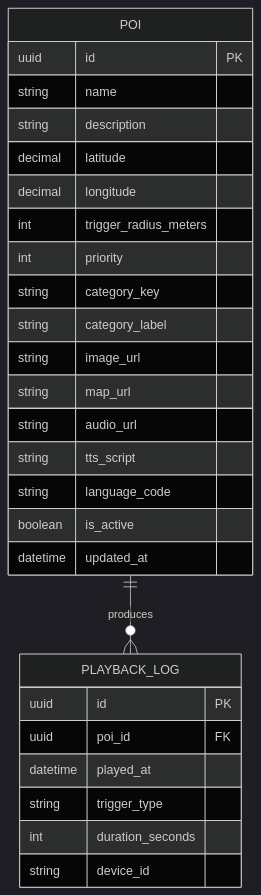
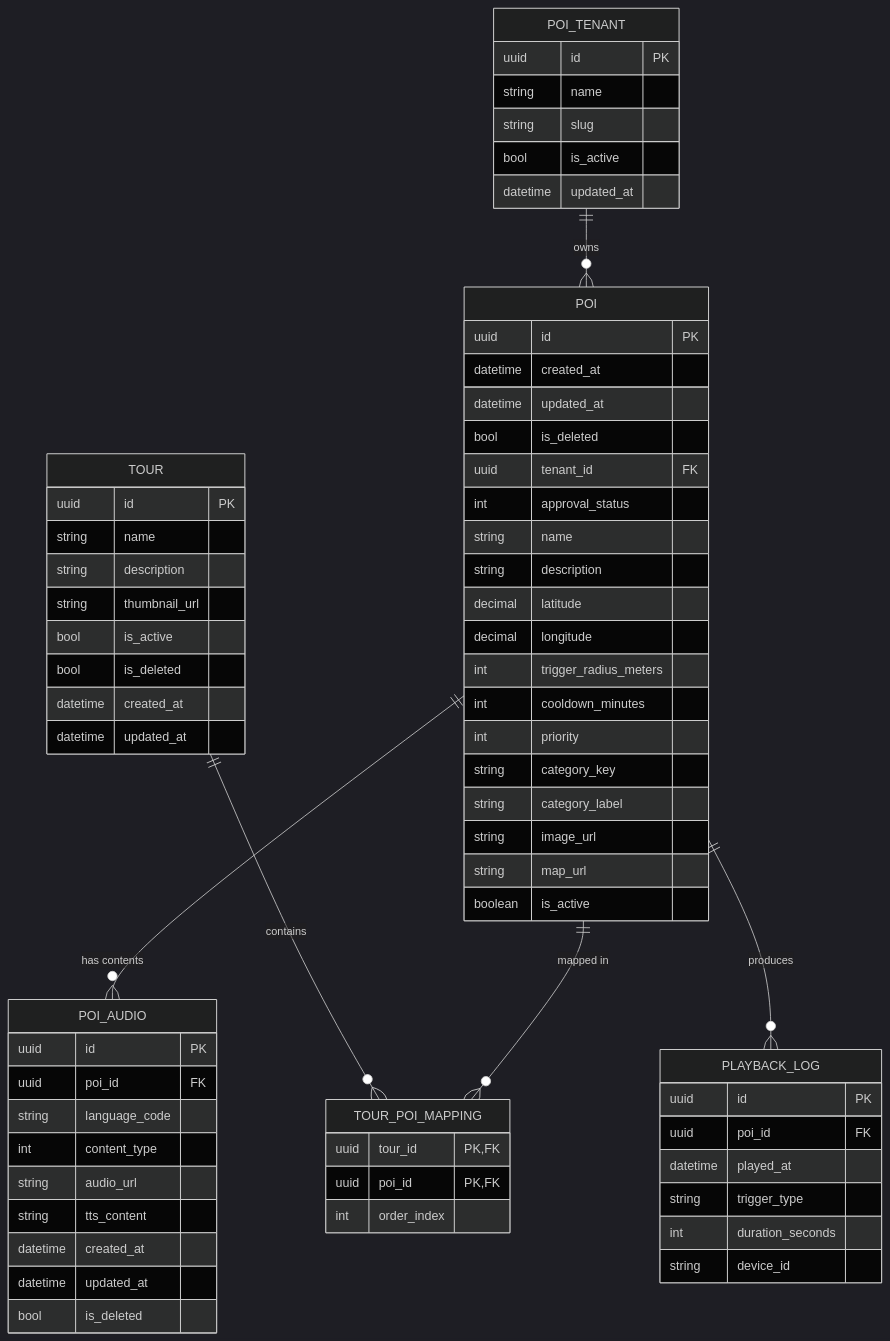
One commit to sangvominh/GeoGuide changed the second of 2 diagrams in docs/product/PRD.md. Above: the diagram before and after it, drawn with Mermaid (dark theme). The commit also changed other lines of this file and 7 other files, not shown here.

Commit message:
feat(cms-1.1): harden schema constraints and align phase1 docs

````diff
--- a/docs/product/PRD.md
+++ b/docs/product/PRD.md
@@ -287,32 +298,75 @@
 ```mermaid
 erDiagram
+    POI_TENANT ||--o{ POI : "owns"
+    POI ||--o{ POI_AUDIO : "has contents"
+    TOUR ||--o{ TOUR_POI_MAPPING : "contains"
+    POI ||--o{ TOUR_POI_MAPPING : "mapped in"
     POI ||--o{ PLAYBACK_LOG : "produces"
+
+    POI_TENANT {
+        uuid id PK
+        string name
+        string slug
+        bool is_active
+        datetime updated_at
+    }
 
     POI {
         uuid id PK
+        datetime created_at
+        datetime updated_at
+        bool is_deleted
+        uuid tenant_id FK
+        int approval_status
         string name
         string description
         decimal latitude
         decimal longitude
         int trigger_radius_meters
+        int cooldown_minutes
         int priority
         string category_key
         string category_label
         string image_url
         string map_url
+        boolean is_active
+    }
+
+    POI_AUDIO {
+        uuid id PK
+        uuid poi_id FK
+        string language_code
+        int content_type
         string audio_url
-        string tts_script
-        string language_code
-        boolean is_active
+        string tts_content
+        datetime created_at
         datetime updated_at
+        bool is_deleted
+    }
+
+    TOUR {
+        uuid id PK
+        string name
+        string description
+        string thumbnail_url
+        bool is_active
+        bool is_deleted
+        datetime created_at
+        datetime updated_at
+    }
+
+    TOUR_POI_MAPPING {
+        uuid tour_id PK, FK
+        uuid poi_id PK, FK
+        int order_index
     }
 
     PLAYBACK_LOG {
         uuid id PK
         uuid poi_id FK
         datetime played_at
         string trigger_type
         int duration_seconds
         string device_id
     }
 ```
````
